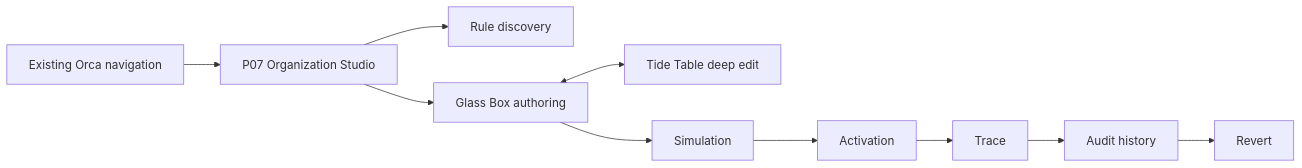
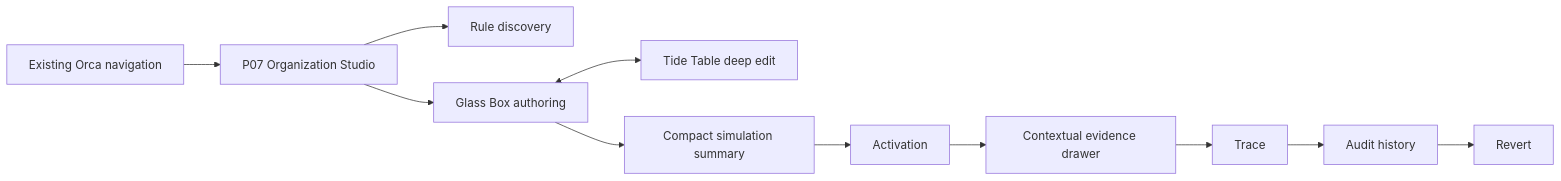
One commit to lukebrevoort/orca changed the diagram in docs/ixd/phase8-document.md. Above: the diagram before and after it, drawn with Mermaid. The commit also changed other lines of this file and 8 other files, not shown here.

````diff
--- a/docs/ixd/phase8-document.md
+++ b/docs/ixd/phase8-document.md
@@ -73,12 +76,13 @@
 ```mermaid
 flowchart LR
   NAV[Existing Orca navigation] --> ORG[P07 Organization Studio]
   ORG --> DISC[Rule discovery]
   ORG --> AUTH[Glass Box authoring]
   AUTH <--> TIDE[Tide Table deep edit]
-  AUTH --> SIM[Simulation]
+  AUTH --> SIM[Compact simulation summary]
   SIM --> ACT[Activation]
-  ACT --> TRACE[Trace]
+  ACT --> DRAWER[Contextual evidence drawer]
+  DRAWER --> TRACE[Trace]
   TRACE --> AUDIT[Audit history]
   AUDIT --> REVERT[Revert]
 ```
````
